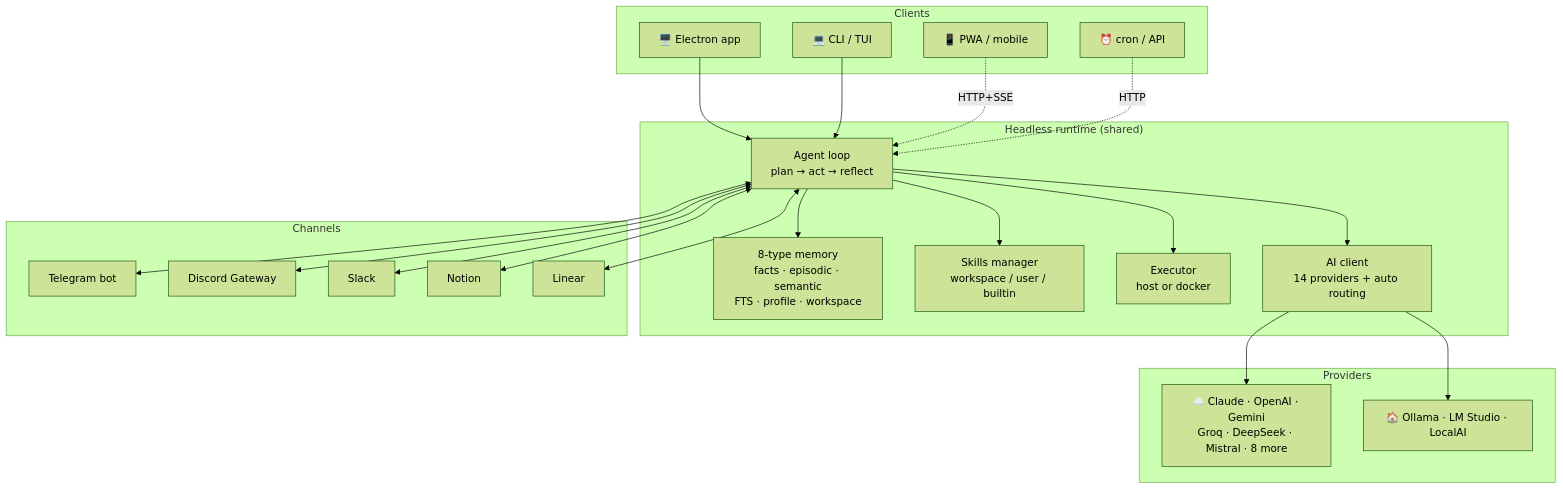
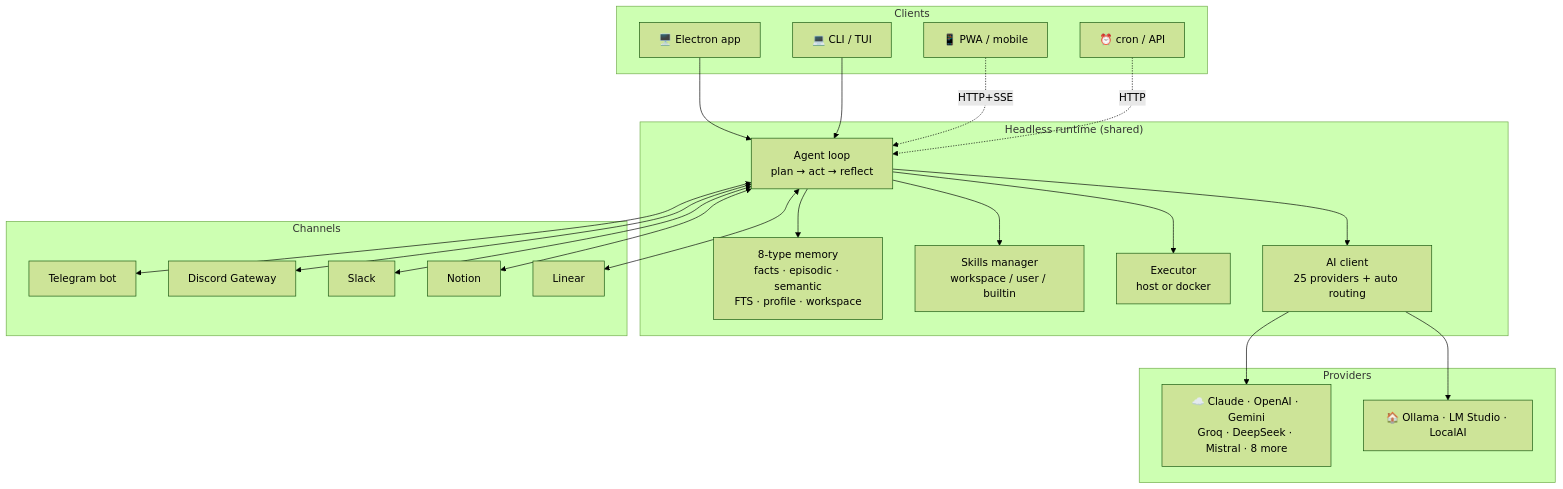
One commit to ErnestKostevich/horizon-genesis changed the diagram in README.md. Above: the diagram before and after it, drawn with Mermaid (forest theme). The commit also changed other lines of this file and 3 other files, not shown here.

````diff
--- a/README.md
+++ b/README.md
@@ -201,49 +201,49 @@
 ```mermaid
 graph TB
     subgraph "Clients"
         Desktop["🖥️ Electron app"]
         CLI["💻 CLI / TUI"]
         Mobile["📱 PWA / mobile"]
         Cron["⏰ cron / API"]
     end
 
     subgraph "Headless runtime (shared)"
         Agent["Agent loop<br/>plan → act → reflect"]
         Memory["8-type memory<br/>facts · episodic · semantic<br/>FTS · profile · workspace"]
         Skills["Skills manager<br/>workspace / user / builtin"]
         Executor["Executor<br/>host or docker"]
-        AI["AI client<br/>14 providers + auto routing"]
+        AI["AI client<br/>25 providers + auto routing"]
     end
 
     subgraph "Channels"
         TG["Telegram bot"]
         Discord["Discord Gateway"]
         Slack["Slack"]
         Notion["Notion"]
         Linear["Linear"]
     end
 
     subgraph "Providers"
         Cloud["☁️ Claude · OpenAI · Gemini<br/>Groq · DeepSeek · Mistral · 8 more"]
         Local["🏠 Ollama · LM Studio · LocalAI"]
     end
 
     Desktop --> Agent
     CLI --> Agent
     Mobile -.HTTP+SSE.-> Agent
     Cron -.HTTP.-> Agent
 
     Agent --> Memory
     Agent --> Skills
     Agent --> Executor
     Agent --> AI
 
     Agent <--> TG
     Agent <--> Discord
     Agent <--> Slack
     Agent <--> Notion
     Agent <--> Linear
 
     AI --> Cloud
     AI --> Local
 ```
````
